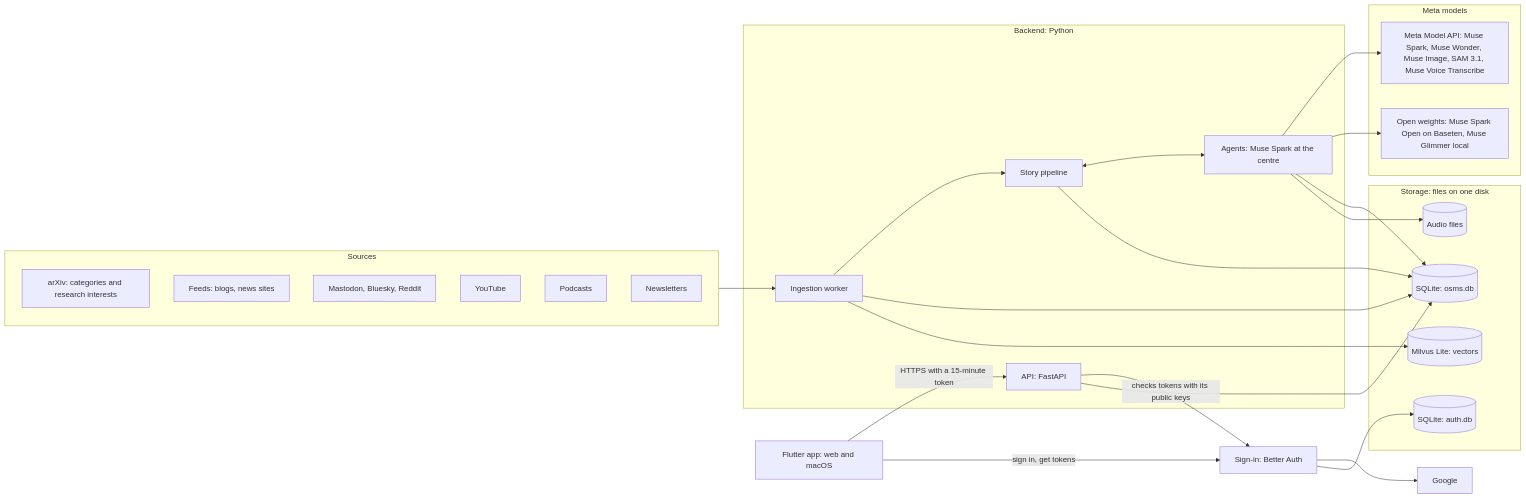
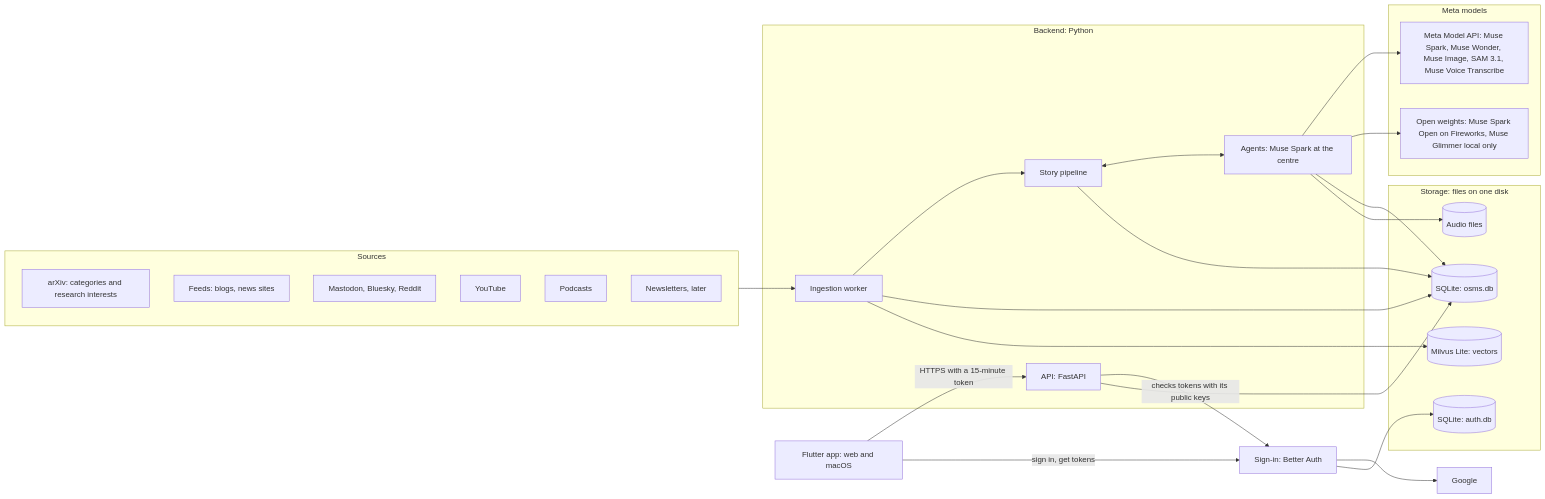
One commit to ThivaV/OSMS changed the first of 8 diagrams in docs/architecture.md. Above: the diagram before and after it, drawn with Mermaid. The commit also changed other lines of this file and 15 other files, not shown here.

````diff
--- a/docs/architecture.md
+++ b/docs/architecture.md
@@ -8,51 +8,51 @@
 ```mermaid
 flowchart LR
     subgraph sources["Sources"]
         arxiv["arXiv: categories and research interests"]
         feeds["Feeds: blogs, news sites"]
         social["Mastodon, Bluesky, Reddit"]
         video["YouTube"]
         pods["Podcasts"]
-        mail["Newsletters"]
+        mail["Newsletters, later"]
     end
 
     subgraph backend["Backend: Python"]
         worker["Ingestion worker"]
         pipeline["Story pipeline"]
         agents["Agents: Muse Spark at the centre"]
         api["API: FastAPI"]
     end
 
     subgraph models["Meta models"]
         metaapi["Meta Model API: Muse Spark, Muse Wonder, Muse Image, SAM 3.1, Muse Voice Transcribe"]
-        openweights["Open weights: Muse Spark Open on Baseten, Muse Glimmer local"]
+        openweights["Open weights: Muse Spark Open on Fireworks, Muse Glimmer local only"]
     end
 
     subgraph stores["Storage: files on one disk"]
         sqlite[("SQLite: osms.db")]
         authdb[("SQLite: auth.db")]
         milvus[("Milvus Lite: vectors")]
         files[("Audio files")]
     end
 
     app["Flutter app: web and macOS"]
     auth["Sign-in: Better Auth"]
     google["Google"]
 
     sources --> worker
     worker --> pipeline
     pipeline <--> agents
     agents --> metaapi
     agents --> openweights
     worker --> sqlite
     worker --> milvus
     pipeline --> sqlite
     agents --> sqlite
     agents --> files
     app -->|"HTTPS with a 15-minute token"| api
     app -->|"sign in, get tokens"| auth
     auth --> google
     auth --> authdb
     api -->|"checks tokens with its public keys"| auth
     api --> sqlite
 ```
````
